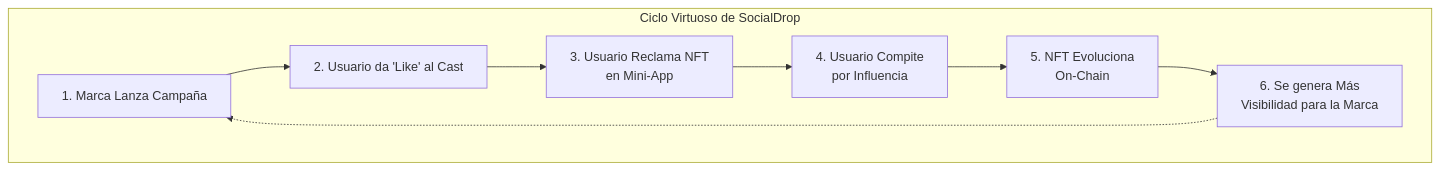
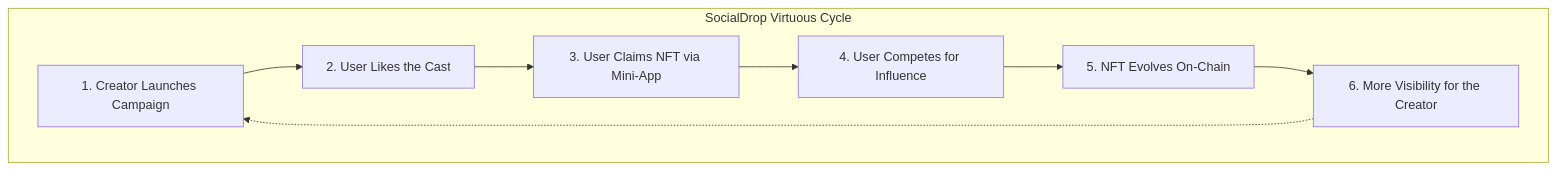
One commit to edsphinx/socialdrop changed the first of 2 diagrams in README.md. Above: the diagram before and after it, drawn with Mermaid. The commit also changed other lines of this file and 72 other files, not shown here.

````diff
--- a/README.md
+++ b/README.md
@@ -35,11 +39,11 @@
 ```mermaid
 graph TD
-    subgraph "Ciclo Virtuoso de SocialDrop"
-        A[1. Marca Lanza Campaña] --> B[2. Usuario da 'Like' al Cast];
-        B --> C[3. Usuario Reclama NFT<br>en Mini-App];
-        C --> D[4. Usuario Compite<br>por Influencia];
-        D --> E[5. NFT Evoluciona<br>On-Chain];
-        E --> F[6. Se genera Más<br>Visibilidad para la Marca];
+    subgraph "SocialDrop Virtuous Cycle"
+        A[1. Creator Launches Campaign] --> B["2. User Likes the Cast"];
+        B --> C["3. User Claims NFT via Mini-App"];
+        C --> D["4. User Competes for Influence"];
+        D --> E["5. NFT Evolves On-Chain"];
+        E --> F["6. More Visibility for the Creator"];
         F -.-> A;
     end
 ```
````
